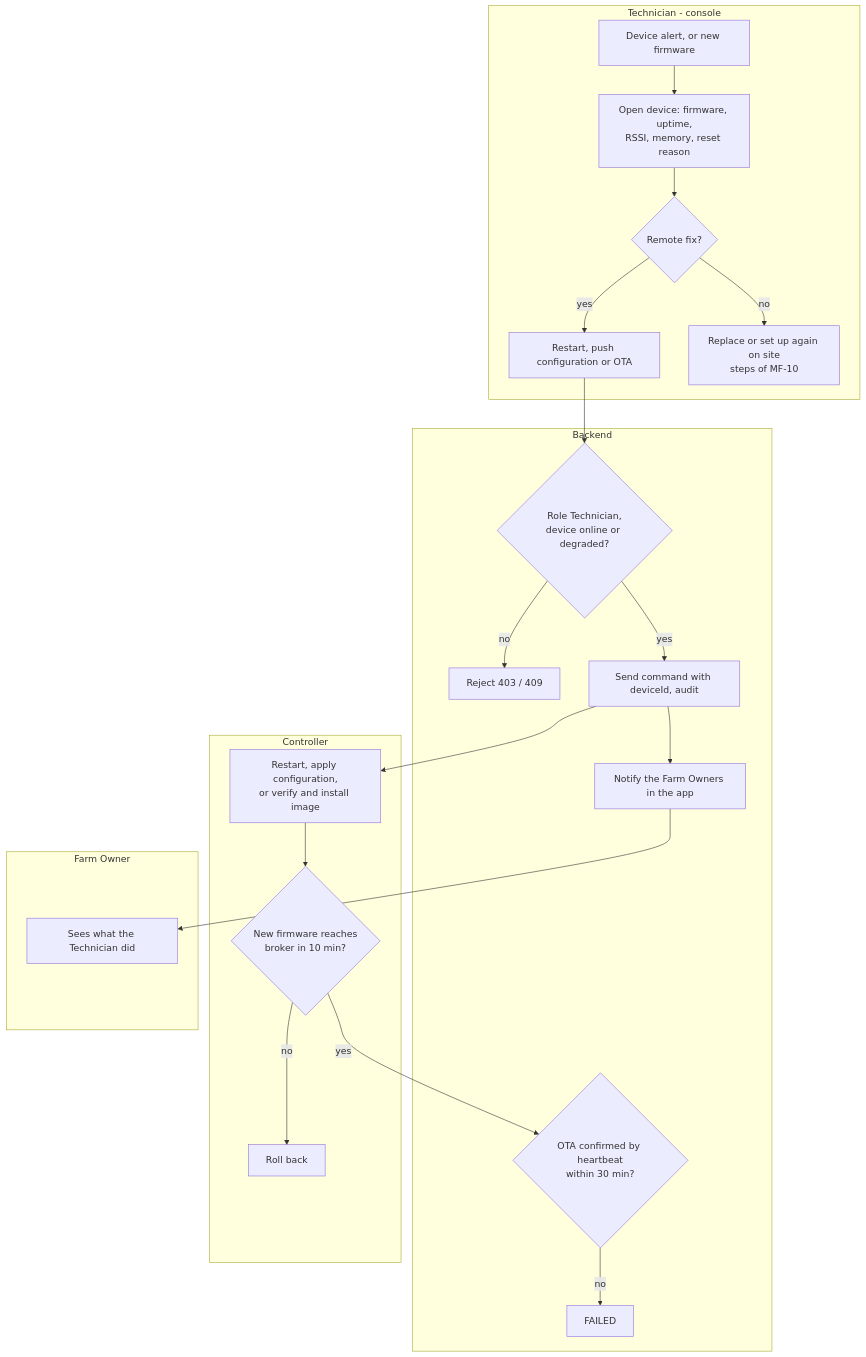
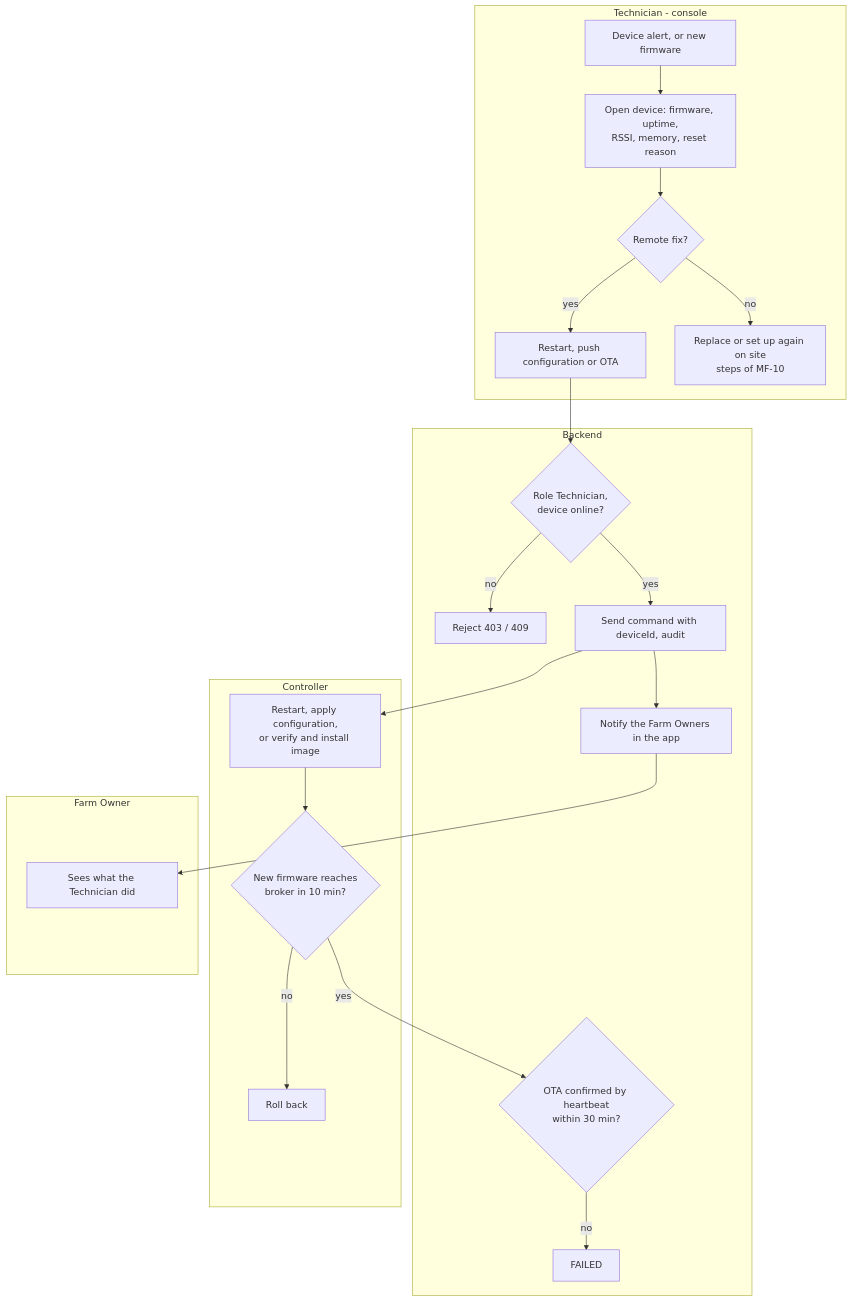
One commit to NBao261/SwiftletCare_KLTN changed diagram 31 of 35 in docs/reports/report4-sdd.md. Above: the diagram before and after it, drawn with Mermaid. The commit also changed other lines of this file and 21 other files, not shown here.

````diff
--- a/docs/reports/report4-sdd.md
+++ b/docs/reports/report4-sdd.md
@@ -1145,26 +1265,26 @@
 ```mermaid
 flowchart TB
   subgraph T[Technician - console]
     T0[Device alert, or new firmware] --> T1[Open device: firmware, uptime,<br/>RSSI, memory, reset reason]
     T1 --> T2{Remote fix?}
     T2 -- yes --> T3[Restart, push configuration or OTA]
     T2 -- no --> T4[Replace or set up again on site<br/>steps of MF-10]
   end
   subgraph B[Backend]
-    B1{Role Technician,<br/>device online or degraded?} -- no --> B2[Reject 403 / 409]
+    B1{Role Technician,<br/>device online?} -- no --> B2[Reject 403 / 409]
     B1 -- yes --> B3[Send command with deviceId, audit]
     B3 --> B4[Notify the Farm Owners in the app]
     B5{OTA confirmed by heartbeat<br/>within 30 min?} -- no --> B6[FAILED]
   end
   subgraph C[Controller]
     C1[Restart, apply configuration,<br/>or verify and install image]
     C1 --> C2{New firmware reaches<br/>broker in 10 min?} -- no --> C3[Roll back]
   end
   subgraph O[Farm Owner]
     O1[Sees what the Technician did]
   end
   T3 --> B1
   B3 --> C1
   C2 -- yes --> B5
   B4 --> O1
 ```
````
